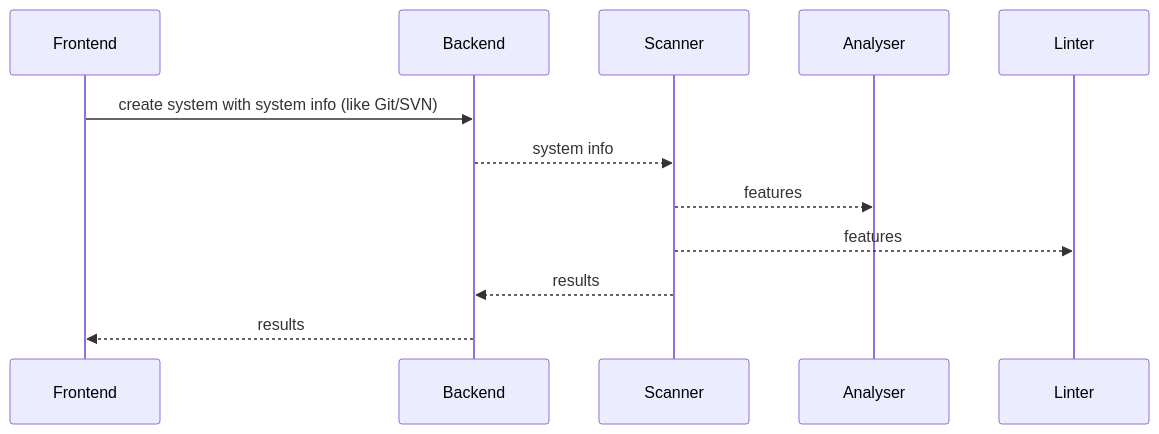
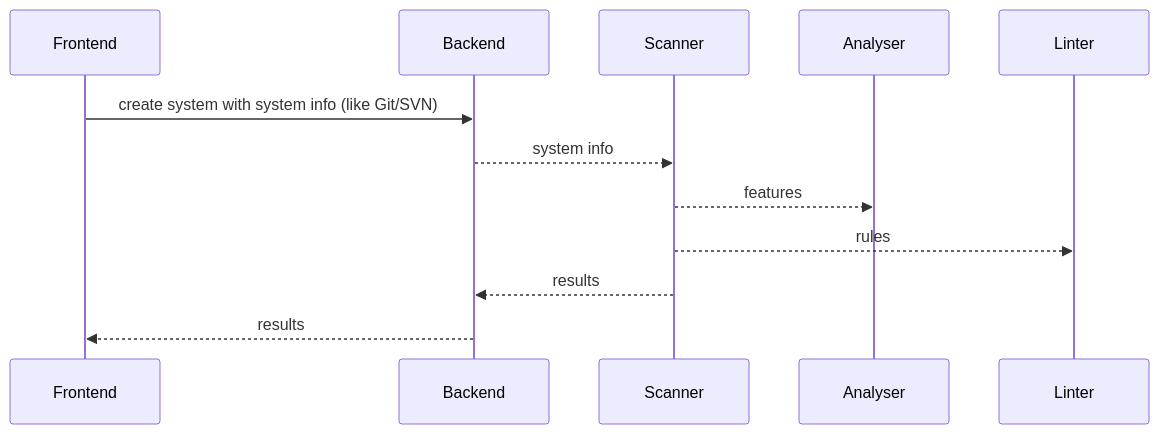
The diagram in profile/README.md (archguard/.github), drawn with Mermaid before and after one commit.

````diff
--- a/profile/README.md
+++ b/profile/README.md
@@ -7,9 +7,9 @@
 ```mermaid
 sequenceDiagram
     Frontend->>Backend: create system with system info (like Git/SVN)
     Backend-->>Scanner: system info
     Scanner-->>Analyser: features
-    Scanner-->>Linter: features
+    Scanner-->>Linter: rules
     Scanner-->>Backend: results
     Backend-->>Frontend: results
 ```
````
